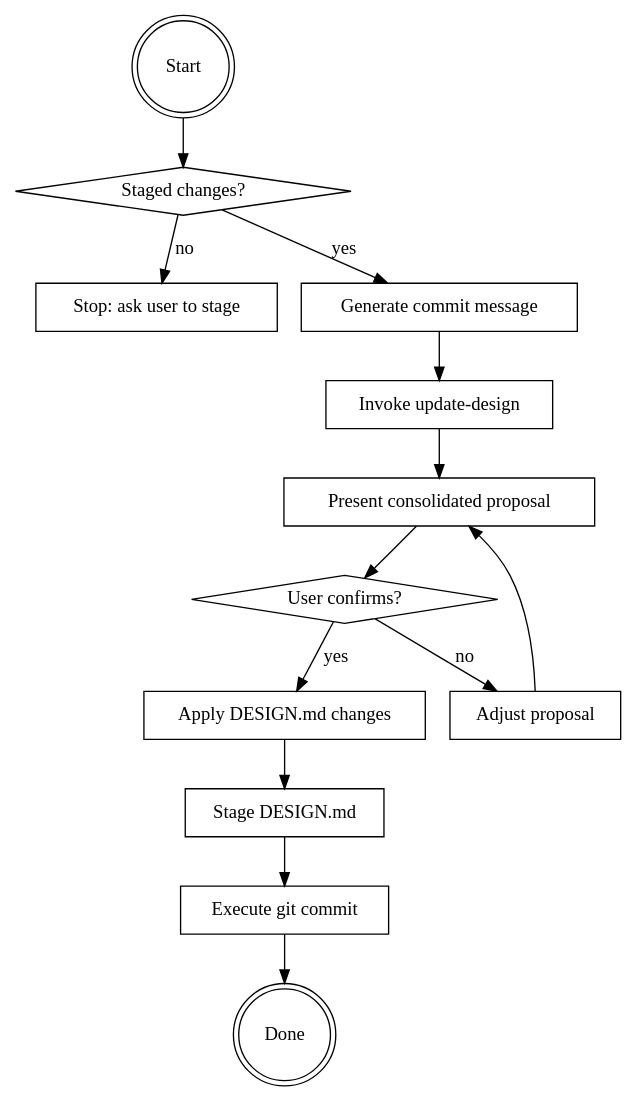
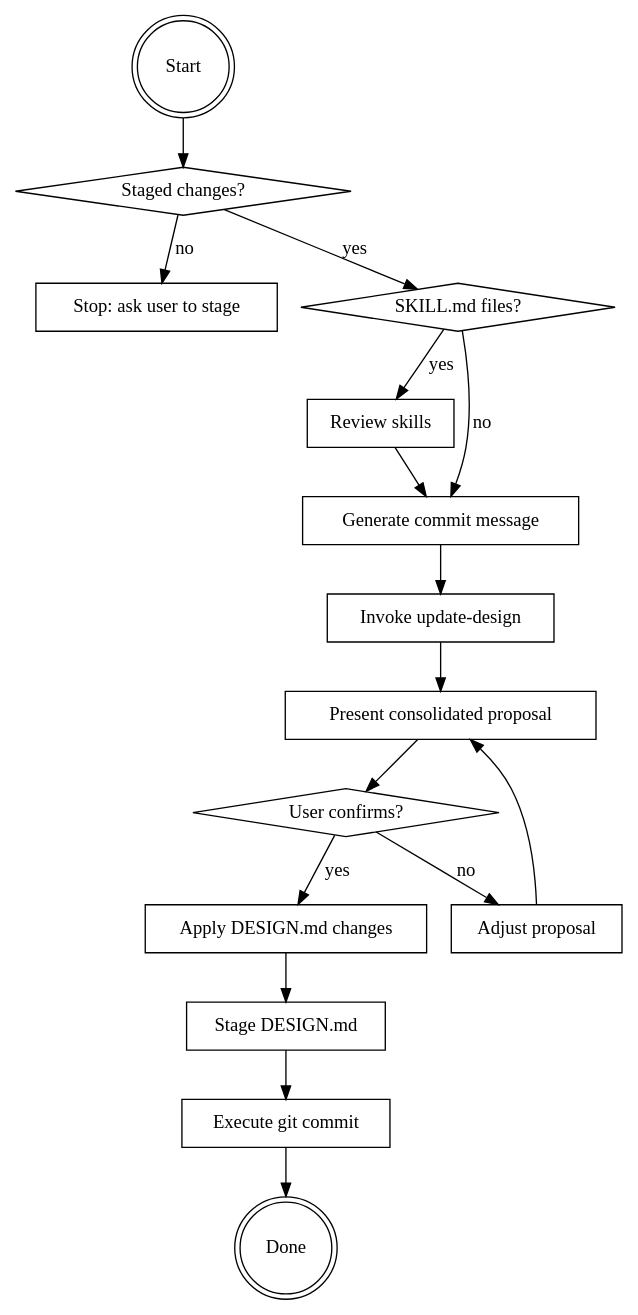
Before and after one commit to mdproctor/cc-praxis: the diagram in java-git-commit/SKILL.md, drawn with Graphviz. The commit also changed 10 other files, not shown here.

````diff
--- a/java-git-commit/SKILL.md
+++ b/java-git-commit/SKILL.md
@@ -42,29 +42,34 @@
 ```dot
 digraph commit_flow {
     "Start" [shape=doublecircle];
     "Staged changes?" [shape=diamond];
     "Stop: ask user to stage" [shape=box];
+    "SKILL.md files?" [shape=diamond];
+    "Review skills" [shape=box];
     "Generate commit message" [shape=box];
     "Invoke update-design" [shape=box];
     "Present consolidated proposal" [shape=box];
     "User confirms?" [shape=diamond];
     "Apply DESIGN.md changes" [shape=box];
     "Stage DESIGN.md" [shape=box];
     "Execute git commit" [shape=box];
     "Done" [shape=doublecircle];
     "Adjust proposal" [shape=box];
 
     "Start" -> "Staged changes?";
     "Staged changes?" -> "Stop: ask user to stage" [label="no"];
-    "Staged changes?" -> "Generate commit message" [label="yes"];
+    "Staged changes?" -> "SKILL.md files?" [label="yes"];
+    "SKILL.md files?" -> "Review skills" [label="yes"];
+    "SKILL.md files?" -> "Generate commit message" [label="no"];
+    "Review skills" -> "Generate commit message";
     "Generate commit message" -> "Invoke update-design";
     "Invoke update-design" -> "Present consolidated proposal";
     "Present consolidated proposal" -> "User confirms?";
     "User confirms?" -> "Adjust proposal" [label="no"];
     "Adjust proposal" -> "Present consolidated proposal";
     "User confirms?" -> "Apply DESIGN.md changes" [label="yes"];
     "Apply DESIGN.md changes" -> "Stage DESIGN.md";
     "Stage DESIGN.md" -> "Execute git commit";
     "Execute git commit" -> "Done";
 }
 ```
````
